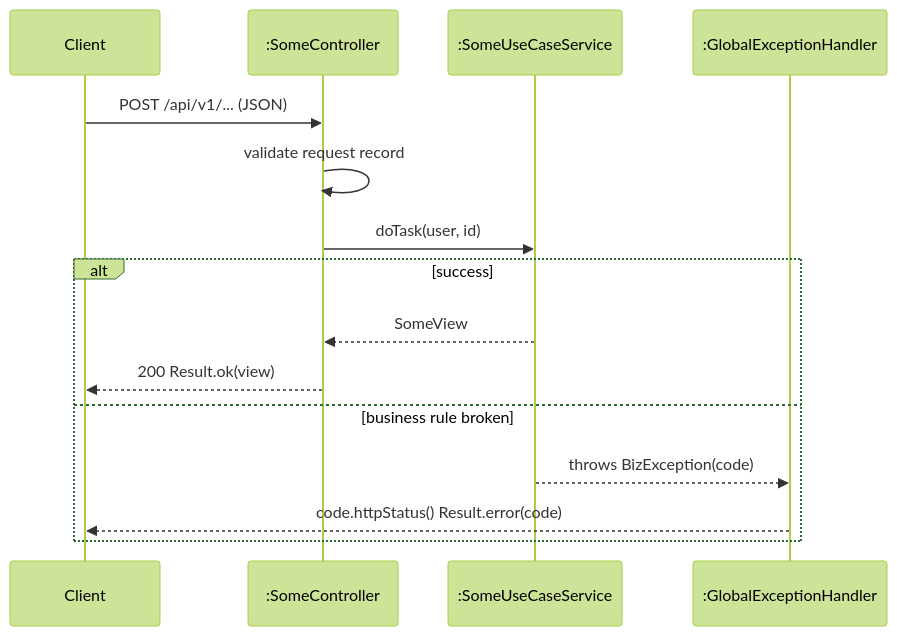
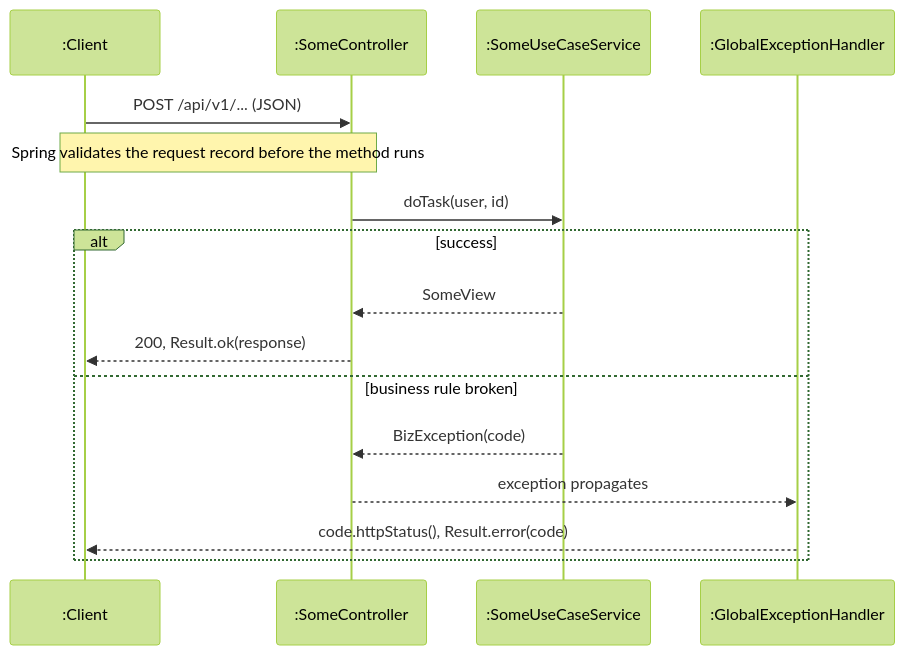
Before and after one commit to PPsyrius/iss-groupbuy-team8: the sixth of 14 diagrams in docs/swe5006/report-drafts/transition-strategies.md, drawn with Mermaid (forest theme). The commit also changed other lines of this file and 1 other file, not shown here.

First line of the commit message:
docs(report): correct the transition strategies against the code and map the UC4 analysis model (#614)

````diff
--- a/docs/swe5006/report-drafts/transition-strategies.md
+++ b/docs/swe5006/report-drafts/transition-strategies.md
@@ -263,17 +255,18 @@
 ```mermaid
 sequenceDiagram
-    participant C as Client
+    participant C as :Client
     participant Ctl as :SomeController
     participant S as :SomeUseCaseService
     participant H as :GlobalExceptionHandler
     C->>Ctl: POST /api/v1/... (JSON)
-    Ctl->>Ctl: validate request record
+    Note over C,Ctl: Spring validates the request record before the method runs
     Ctl->>S: doTask(user, id)
     alt success
         S-->>Ctl: SomeView
-        Ctl-->>C: 200 Result.ok(view)
+        Ctl-->>C: 200, Result.ok(response)
     else business rule broken
-        S-->>H: throws BizException(code)
-        H-->>C: code.httpStatus() Result.error(code)
+        S-->>Ctl: BizException(code)
+        Ctl-->>H: exception propagates
+        H-->>C: code.httpStatus(), Result.error(code)
     end
 ```
````
